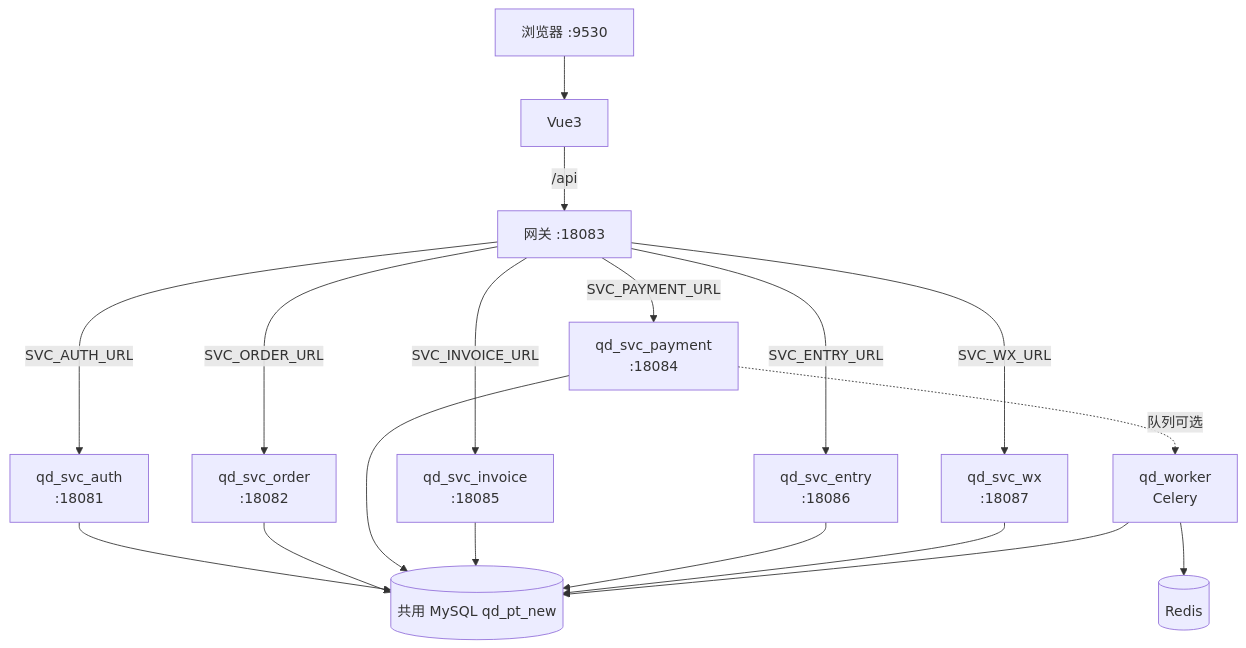
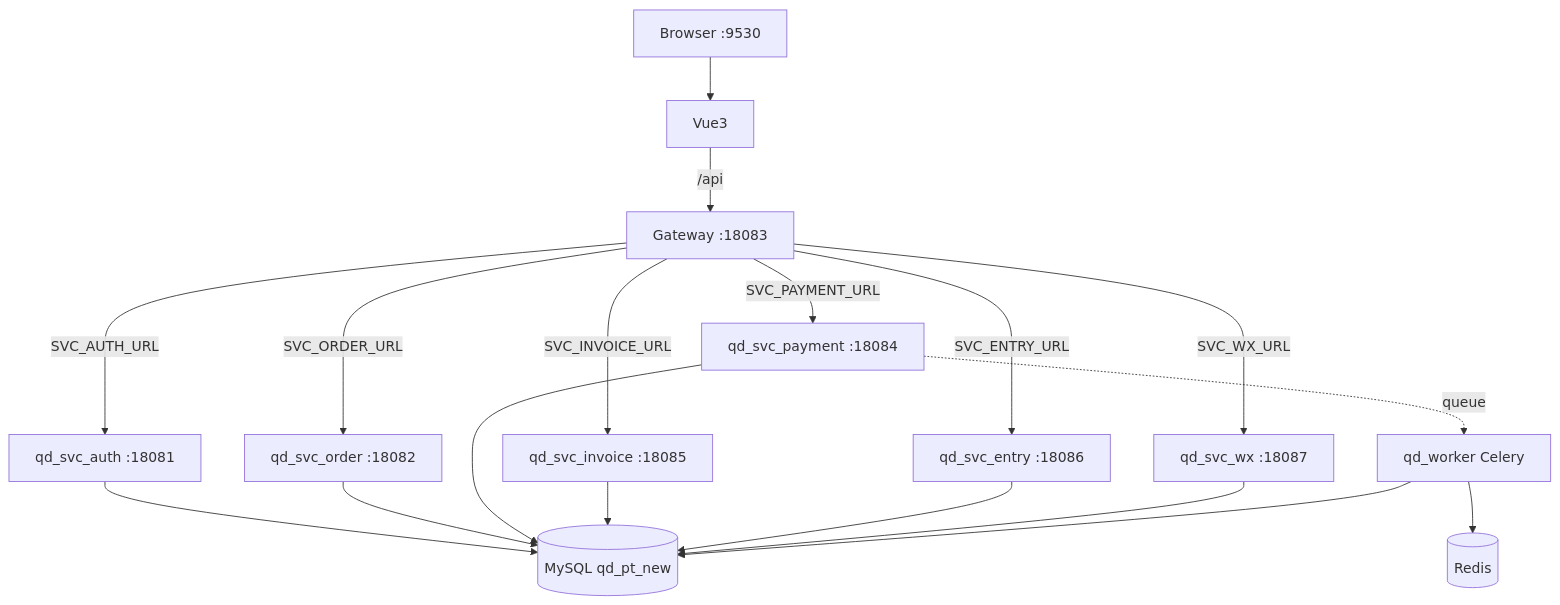
Before and after one commit to TZTANG97/utoo-pydjango: the second of 6 diagrams in README.md, drawn with Mermaid. The commit also changed other lines of this file, not shown here.

Commit message:
docs: use GitLab-compatible Mermaid graph syntax in README.

````diff
--- a/README.md
+++ b/README.md
@@ -66,23 +66,20 @@
 ```mermaid
-flowchart TB
-  Browser["浏览器 :9530"] --> Vite["Vue3"]
-  Vite -->|"/api"| GW["网关 :18083"]
-
-  GW -->|SVC_AUTH_URL| Auth["qd_svc_auth<br/>:18081"]
-  GW -->|SVC_ORDER_URL| Order["qd_svc_order<br/>:18082"]
-  GW -->|SVC_PAYMENT_URL| Pay["qd_svc_payment<br/>:18084"]
-  GW -->|SVC_INVOICE_URL| Inv["qd_svc_invoice<br/>:18085"]
-  GW -->|SVC_ENTRY_URL| Entry["qd_svc_entry<br/>:18086"]
-  GW -->|SVC_WX_URL| Wx["qd_svc_wx<br/>:18087"]
-
-  Auth --> DB[("共用 MySQL qd_pt_new")]
+graph TB
+  Browser[Browser :9530] --> Vite[Vue3]
+  Vite -->|/api| GW[Gateway :18083]
+  GW -->|SVC_AUTH_URL| Auth[qd_svc_auth :18081]
+  GW -->|SVC_ORDER_URL| Order[qd_svc_order :18082]
+  GW -->|SVC_PAYMENT_URL| Pay[qd_svc_payment :18084]
+  GW -->|SVC_INVOICE_URL| Inv[qd_svc_invoice :18085]
+  GW -->|SVC_ENTRY_URL| Entry[qd_svc_entry :18086]
+  GW -->|SVC_WX_URL| Wx[qd_svc_wx :18087]
+  Auth --> DB[(MySQL qd_pt_new)]
   Order --> DB
   Pay --> DB
   Inv --> DB
   Entry --> DB
   Wx --> DB
-
-  Pay -.->|队列可选| Worker["qd_worker<br/>Celery"]
-  Worker --> Redis[("Redis")]
+  Pay -.->|queue| Worker[qd_worker Celery]
+  Worker --> Redis[(Redis)]
   Worker --> DB
 ```
````
